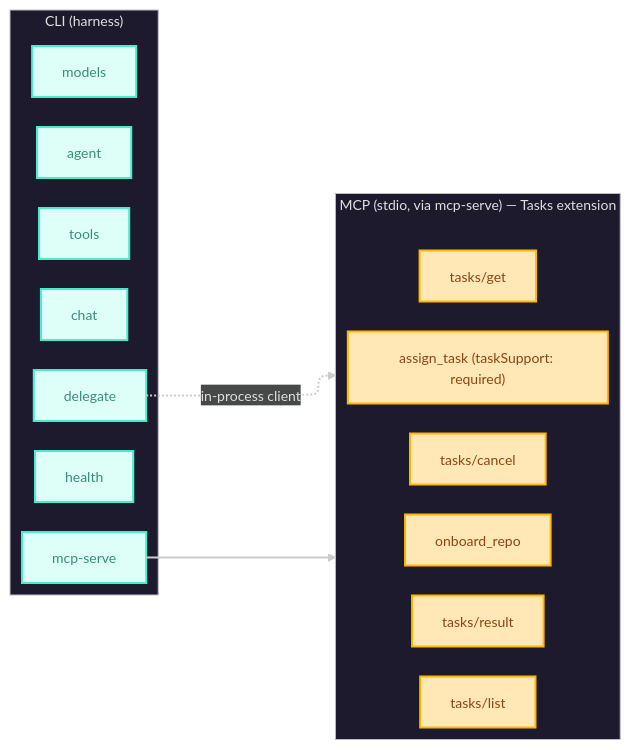
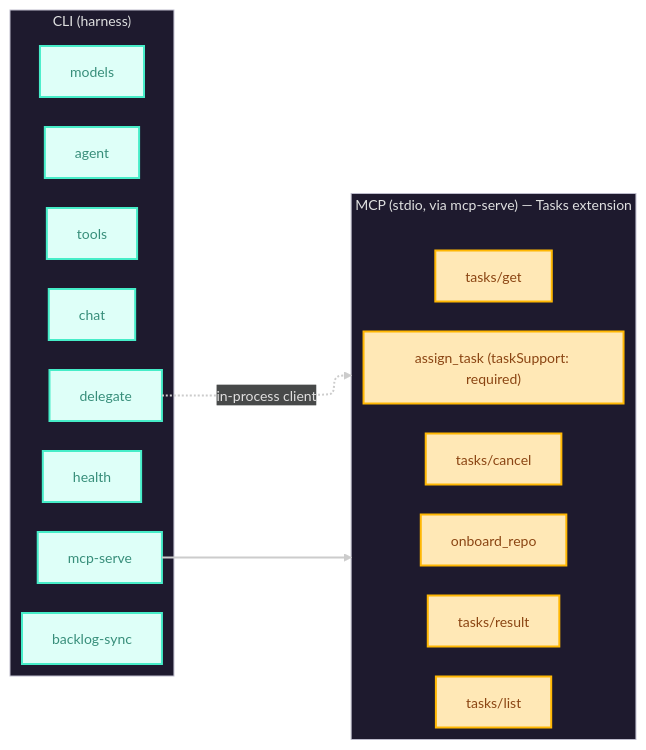
The second of 5 diagrams in ARCHITECTURE.md (DominicBurkart/nanna-coder), drawn with Mermaid before and after one commit. The commit also changed other lines of this file and 3 other files, not shown here.

````diff
--- a/ARCHITECTURE.md
+++ b/ARCHITECTURE.md
@@ -72,31 +74,32 @@
 ```mermaid
 ---
 config:
   theme: redux-dark
   layout: elk
 ---
 flowchart LR
     subgraph CLI["CLI (harness)"]
         chat
         agent
         delegate
         mcpserve["mcp-serve"]
         models
         tools
         health
+        backlogsync["backlog-sync"]
     end
     subgraph MCP["MCP (stdio, via mcp-serve) — Tasks extension"]
         assign_task["assign_task (taskSupport: required)"]
         onboard_repo
         tget["tasks/get"]
         tresult["tasks/result"]
         tlist["tasks/list"]
         tcancel["tasks/cancel"]
     end
     mcpserve --> MCP
     delegate -.->|in-process client| MCP
     classDef cli stroke:#46EDC8,fill:#DEFFF8,color:#378E7A
     classDef mcp stroke:#FFB703,fill:#FFE8B6,color:#8B4513
-    class chat,agent,delegate,mcpserve,models,tools,health cli
+    class chat,agent,delegate,mcpserve,models,tools,health,backlogsync cli
     class assign_task,onboard_repo,tget,tresult,tlist,tcancel mcp
 ```
````
